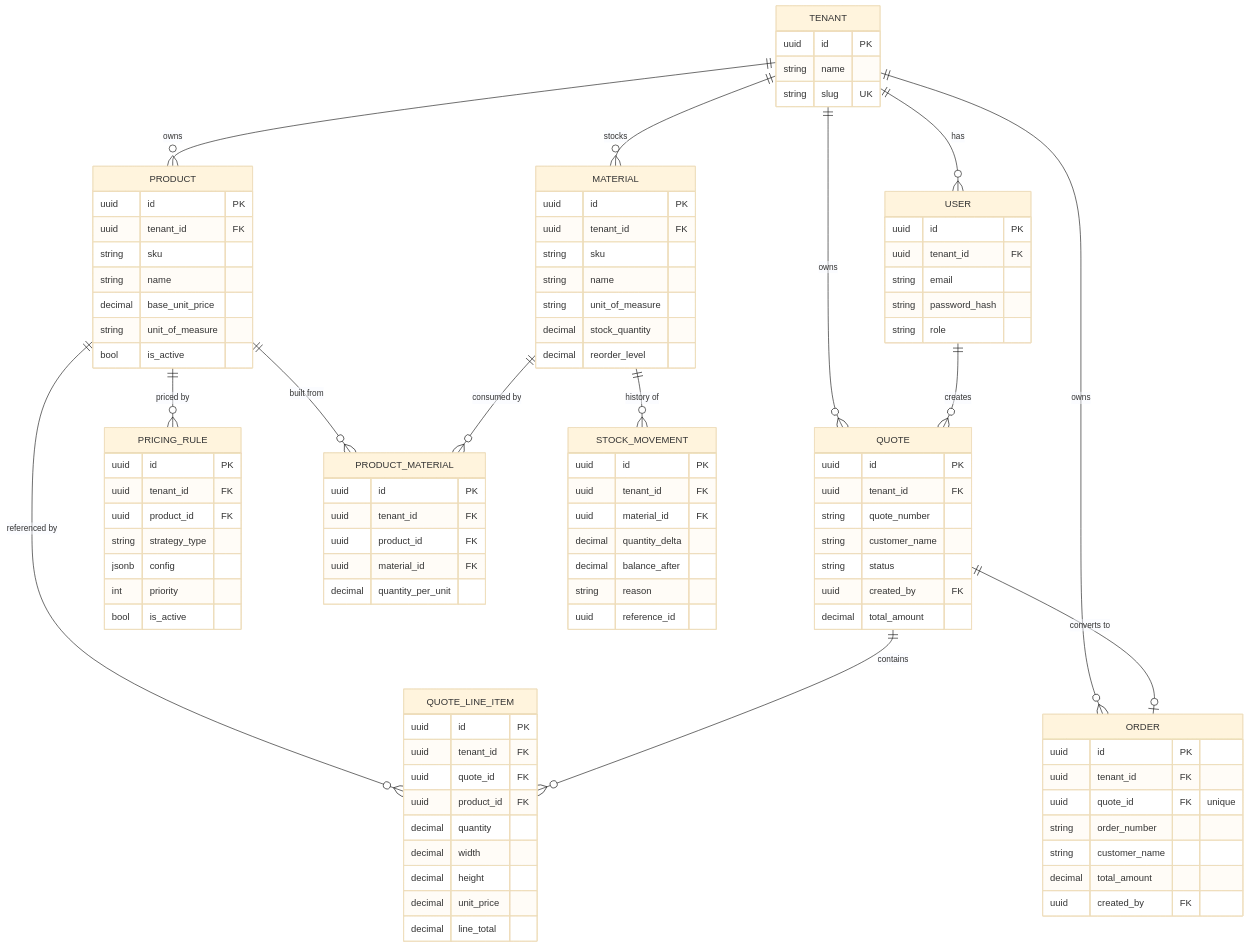
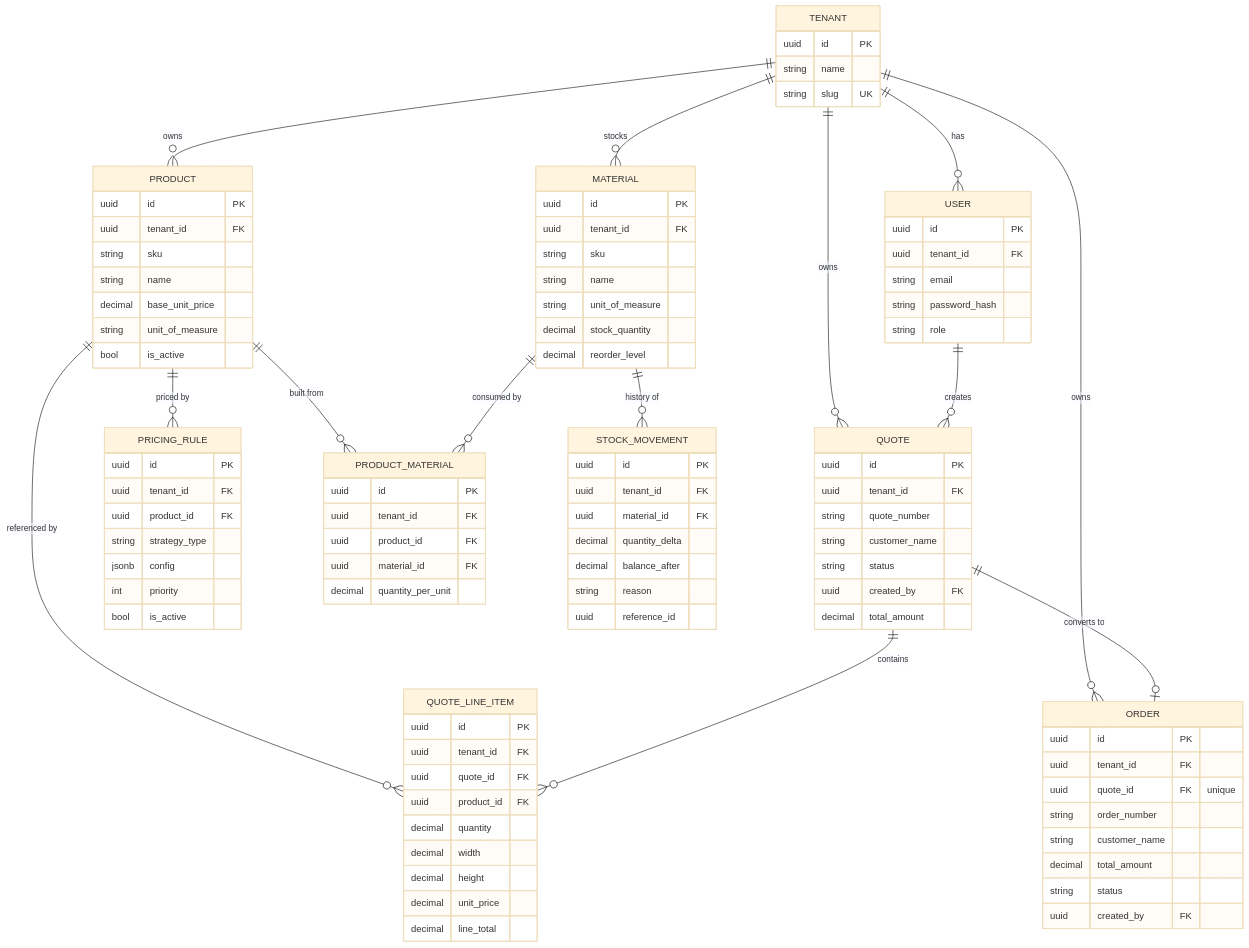
One commit to UygarGokcen/forgeflow changed the diagram in README.md. Above: the diagram before and after it, drawn with Mermaid (base theme). The commit also changed other lines of this file and 7 other files, not shown here.

```diff
--- a/README.md
+++ b/README.md
@@ -259,6 +262,7 @@
         string order_number
         string customer_name
         decimal total_amount
+        string status
         uuid created_by FK
     }
     MATERIAL {
```
